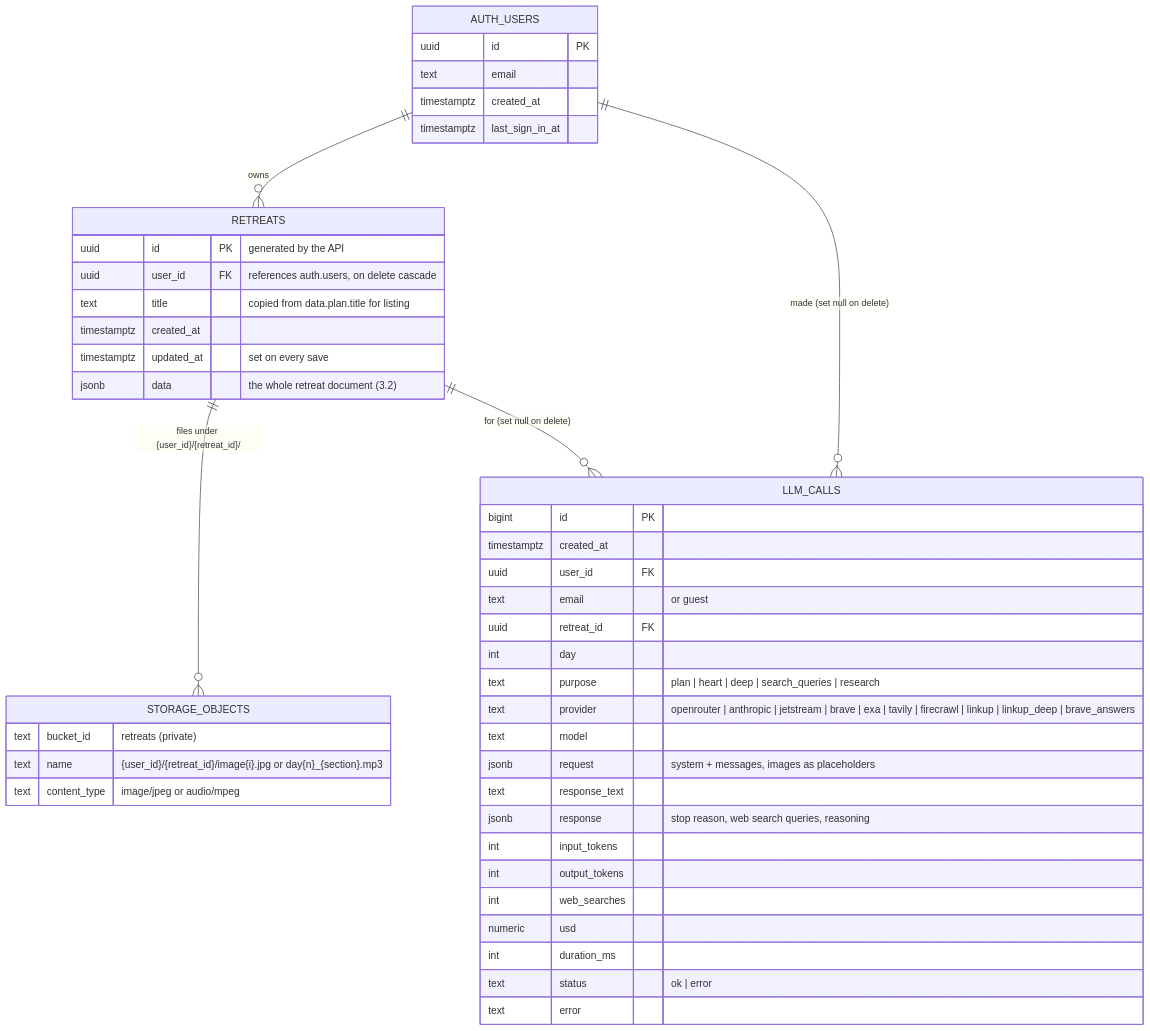
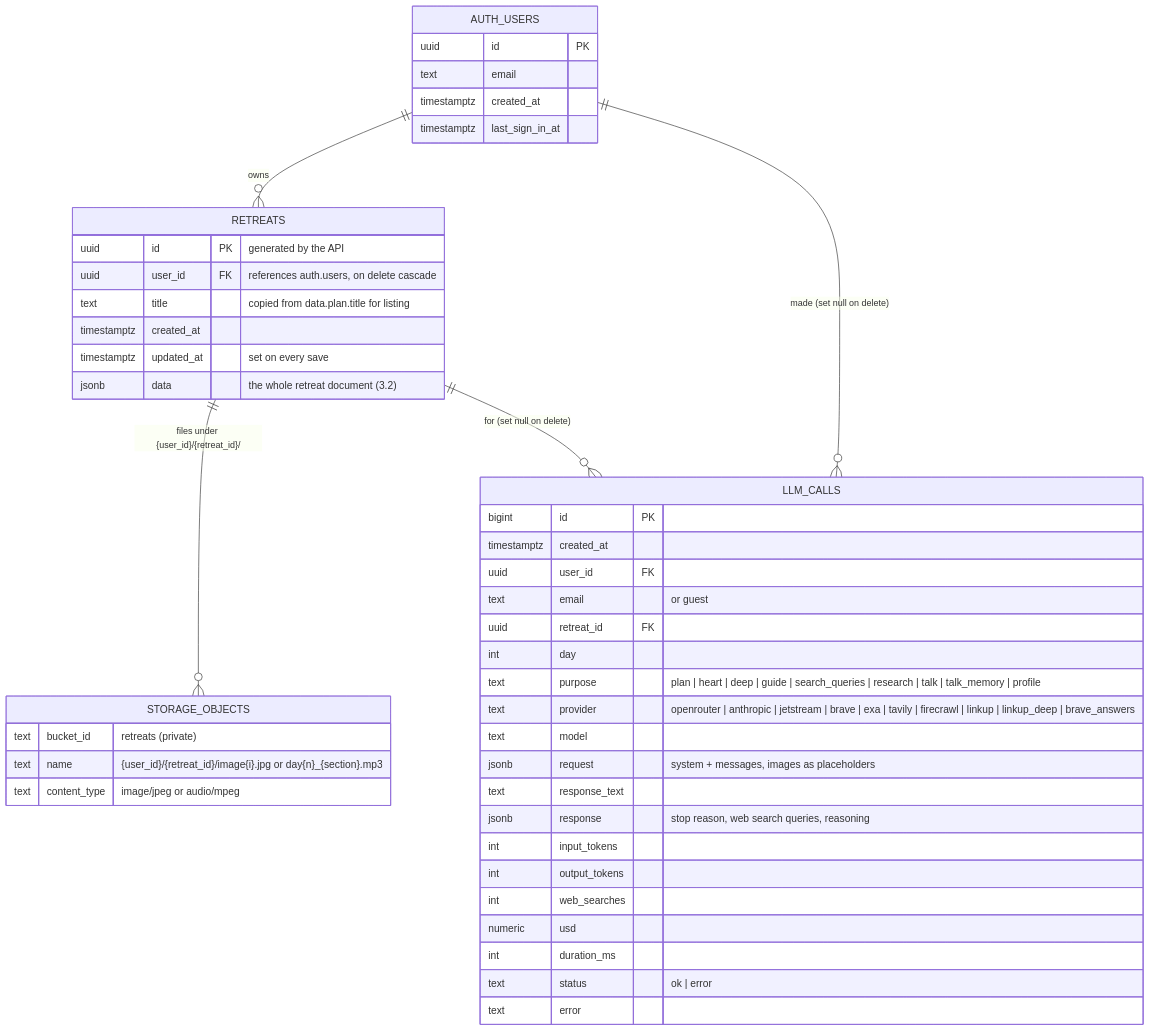
One commit to bcollier/ignatius-hw4-api changed the fourth of 26 diagrams in docs/ARCHITECTURE.md. Above: the diagram before and after it, drawn with Mermaid. The commit also changed other lines of this file and 14 other files, not shown here.

````diff
--- a/docs/ARCHITECTURE.md
+++ b/docs/ARCHITECTURE.md
@@ -147,48 +147,48 @@
 ```mermaid
 erDiagram
     AUTH_USERS ||--o{ RETREATS : owns
     RETREATS ||--o{ STORAGE_OBJECTS : "files under {user_id}/{retreat_id}/"
     AUTH_USERS ||--o{ LLM_CALLS : "made (set null on delete)"
     RETREATS ||--o{ LLM_CALLS : "for (set null on delete)"
 
     AUTH_USERS {
         uuid id PK
         text email
         timestamptz created_at
         timestamptz last_sign_in_at
     }
     RETREATS {
         uuid id PK "generated by the API"
         uuid user_id FK "references auth.users, on delete cascade"
         text title "copied from data.plan.title for listing"
         timestamptz created_at
         timestamptz updated_at "set on every save"
         jsonb data "the whole retreat document (3.2)"
     }
     LLM_CALLS {
         bigint id PK
         timestamptz created_at
         uuid user_id FK
         text email "or guest"
         uuid retreat_id FK
         int day
-        text purpose "plan | heart | deep | search_queries | research"
+        text purpose "plan | heart | deep | guide | search_queries | research | talk | talk_memory | profile"
         text provider "openrouter | anthropic | jetstream | brave | exa | tavily | firecrawl | linkup | linkup_deep | brave_answers"
         text model
         jsonb request "system + messages, images as placeholders"
         text response_text
         jsonb response "stop reason, web search queries, reasoning"
         int input_tokens
         int output_tokens
         int web_searches
         numeric usd
         int duration_ms
         text status "ok | error"
         text error
     }
     STORAGE_OBJECTS {
         text bucket_id "retreats (private)"
         text name "{user_id}/{retreat_id}/image{i}.jpg or day{n}_{section}.mp3"
         text content_type "image/jpeg or audio/mpeg"
     }
 ```
````
